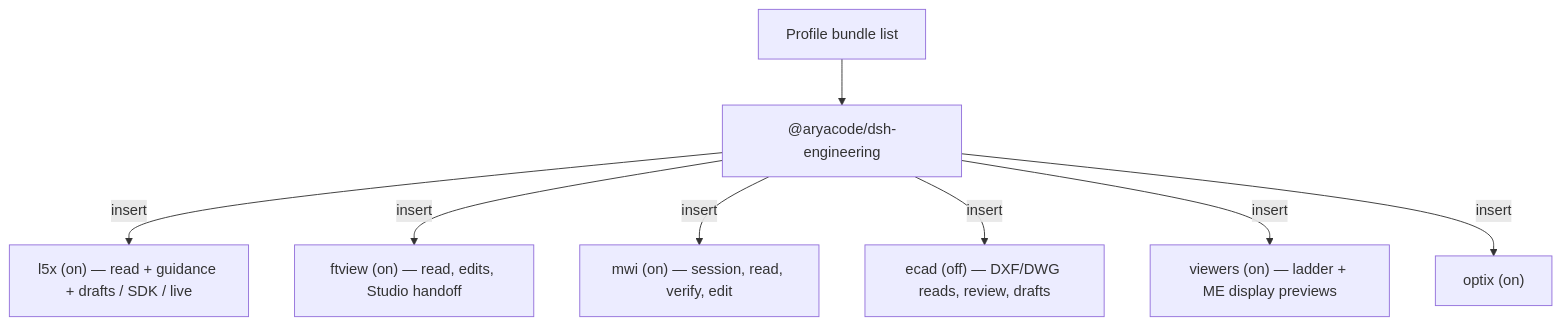
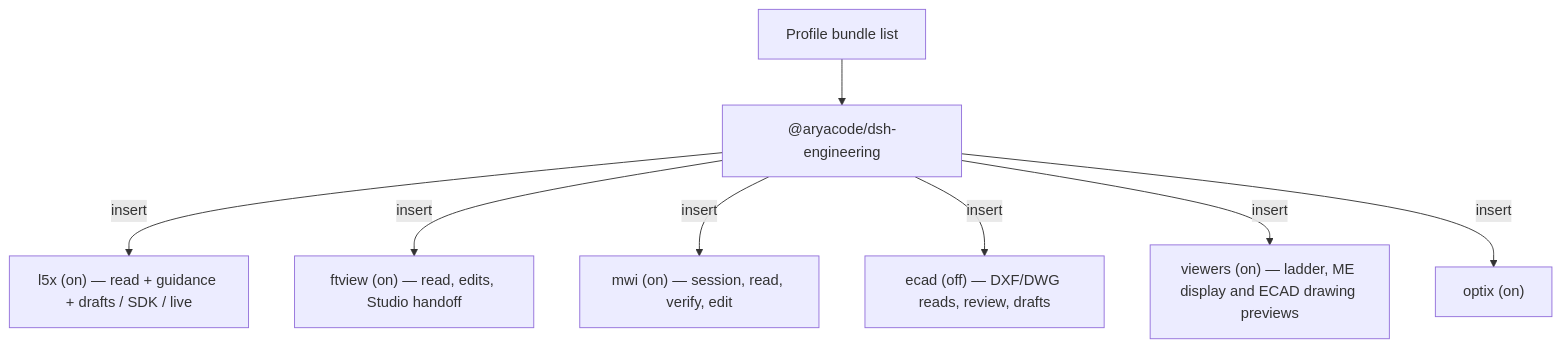
One commit to KonnectSuite/dsh-engineering changed the diagram in README.md. Above: the diagram before and after it, drawn with Mermaid. The commit also changed other lines of this file and 12 other files, not shown here.

First line of the commit message:
ecad: fold the drawing preview into the bundle face and document it

````diff
--- a/README.md
+++ b/README.md
@@ -228,10 +232,10 @@
 ```mermaid
 flowchart TB
   Profile["Profile bundle list"] --> Bundle["@aryacode/dsh-engineering"]
   Bundle -->|insert| L5X["l5x (on) — read + guidance + drafts / SDK / live"]
   Bundle -->|insert| FTV["ftview (on) — read, edits, Studio handoff"]
   Bundle -->|insert| MWI["mwi (on) — session, read, verify, edit"]
   Bundle -->|insert| ECAD["ecad (off) — DXF/DWG reads, review, drafts"]
-  Bundle -->|insert| Viewers["viewers (on) — ladder + ME display previews"]
+  Bundle -->|insert| Viewers["viewers (on) — ladder, ME display and ECAD drawing previews"]
   Bundle -->|insert| Optix["optix (on)"]
 ```
````
